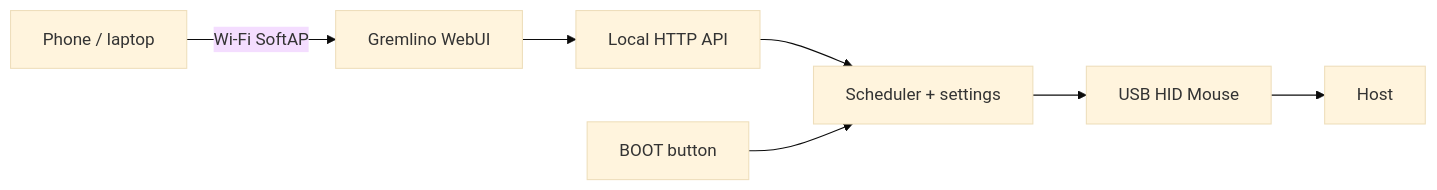
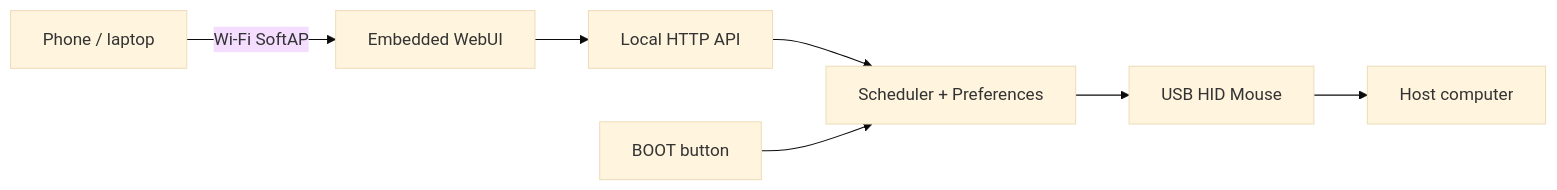
The diagram in README.md (oddyutza/Gremlino), drawn with Mermaid (base theme) before and after one commit. The commit also changed other lines of this file and 2 other files, not shown here.

Commit message:
docs: finalize Gremlino 1.0

````diff
--- a/README.md
+++ b/README.md
@@ -60,9 +104,9 @@
 ```mermaid
 flowchart LR
-    Client[Phone / laptop] -->|Wi-Fi SoftAP| UI[Gremlino WebUI]
+    Client[Phone / laptop] -->|Wi-Fi SoftAP| UI[Embedded WebUI]
     UI --> API[Local HTTP API]
-    API --> Scheduler[Scheduler + settings]
-    Panic[BOOT button] --> Scheduler
-    Scheduler --> HID[USB HID Mouse]
-    HID --> Host[Host]
+    API --> State[Scheduler + Preferences]
+    Boot[BOOT button] --> State
+    State --> HID[USB HID Mouse]
+    HID --> Host[Host computer]
 ```
````
